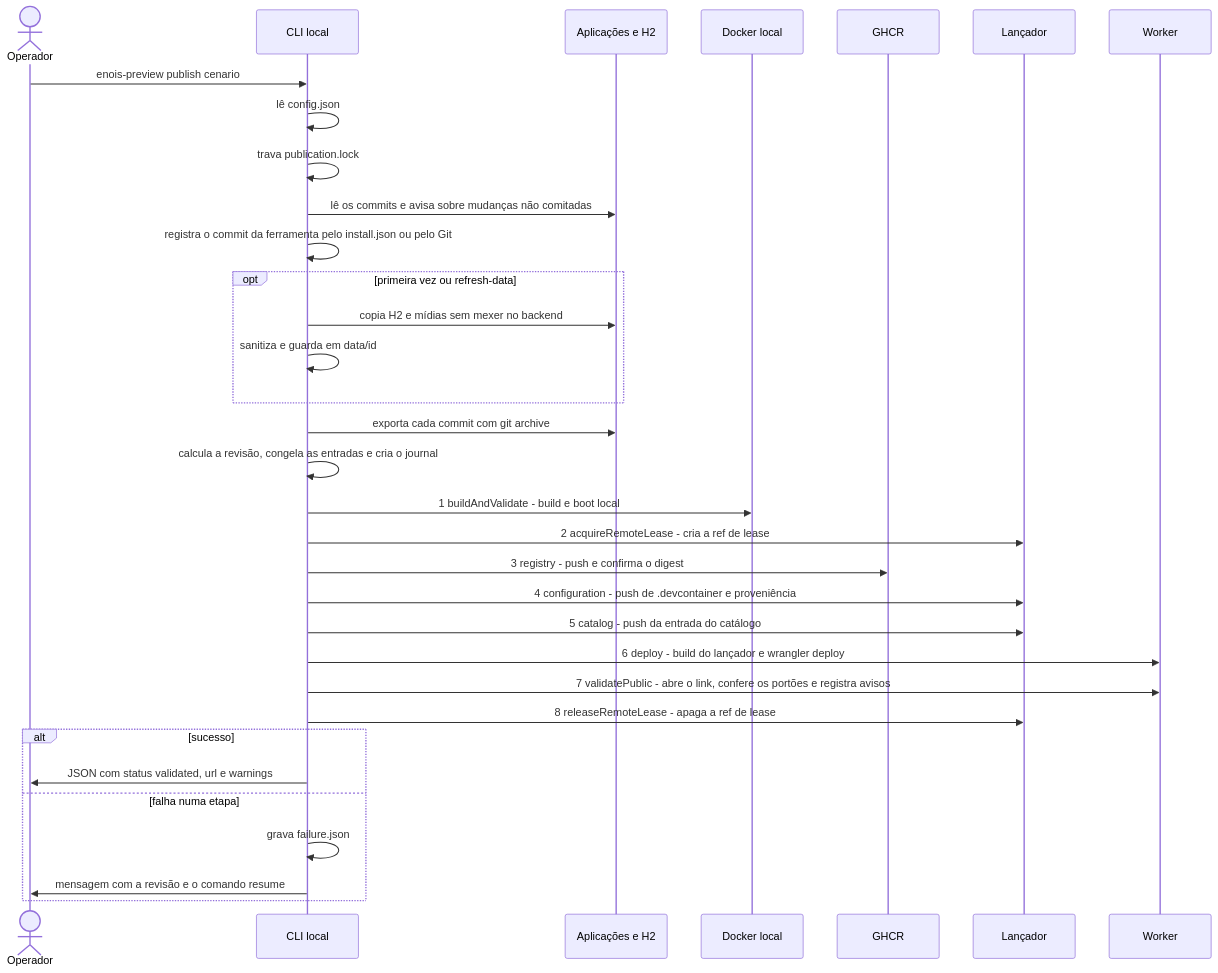
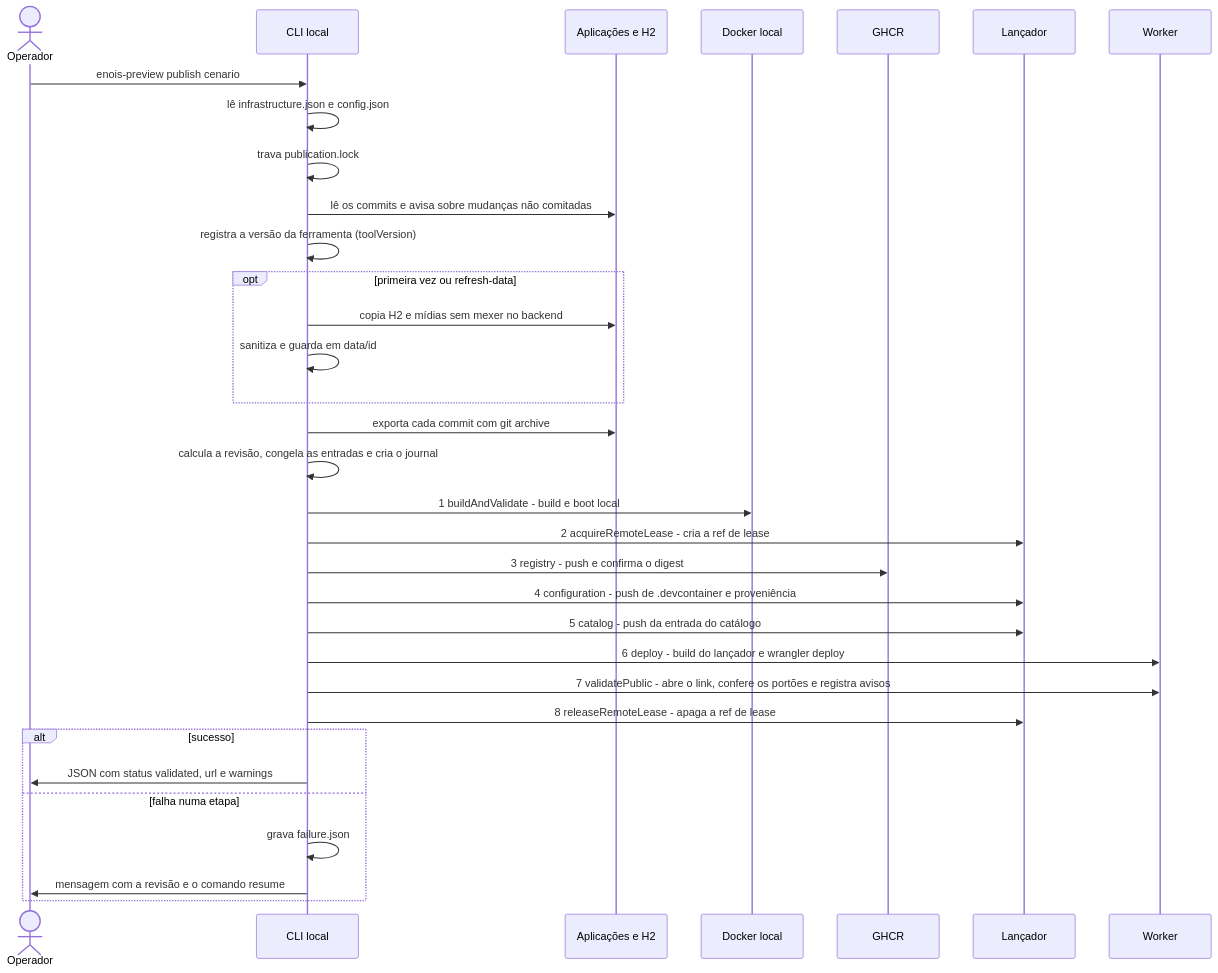
Before and after one commit to renanfranca/enois-preview: the second of 3 diagrams in docs/pt-BR/FLOW.md, drawn with Mermaid. The commit also changed other lines of this file and 67 other files, not shown here.

````diff
--- a/docs/pt-BR/FLOW.md
+++ b/docs/pt-BR/FLOW.md
@@ -48,36 +48,36 @@
 ```mermaid
 sequenceDiagram
   actor Op as Operador
   participant CLI as CLI local
   participant Apps as Aplicações e H2
   participant Docker as Docker local
   participant GHCR as GHCR
   participant L as Lançador
   participant W as Worker
 
   Op->>CLI: enois-preview publish cenario
-  CLI->>CLI: lê config.json
+  CLI->>CLI: lê infrastructure.json e config.json
   CLI->>CLI: trava publication.lock
   CLI->>Apps: lê os commits e avisa sobre mudanças não comitadas
-  CLI->>CLI: registra o commit da ferramenta pelo install.json ou pelo Git
+  CLI->>CLI: registra a versão da ferramenta (toolVersion)
   opt primeira vez ou refresh-data
     CLI->>Apps: copia H2 e mídias sem mexer no backend
     CLI->>CLI: sanitiza e guarda em data/id
   end
   CLI->>Apps: exporta cada commit com git archive
   CLI->>CLI: calcula a revisão, congela as entradas e cria o journal
   CLI->>Docker: 1 buildAndValidate - build e boot local
   CLI->>L: 2 acquireRemoteLease - cria a ref de lease
   CLI->>GHCR: 3 registry - push e confirma o digest
   CLI->>L: 4 configuration - push de .devcontainer e proveniência
   CLI->>L: 5 catalog - push da entrada do catálogo
   CLI->>W: 6 deploy - build do lançador e wrangler deploy
   CLI->>W: 7 validatePublic - abre o link, confere os portões e registra avisos
   CLI->>L: 8 releaseRemoteLease - apaga a ref de lease
   alt sucesso
     CLI->>Op: JSON com status validated, url e warnings
   else falha numa etapa
     CLI->>CLI: grava failure.json
     CLI->>Op: mensagem com a revisão e o comando resume
   end
 ```
````
